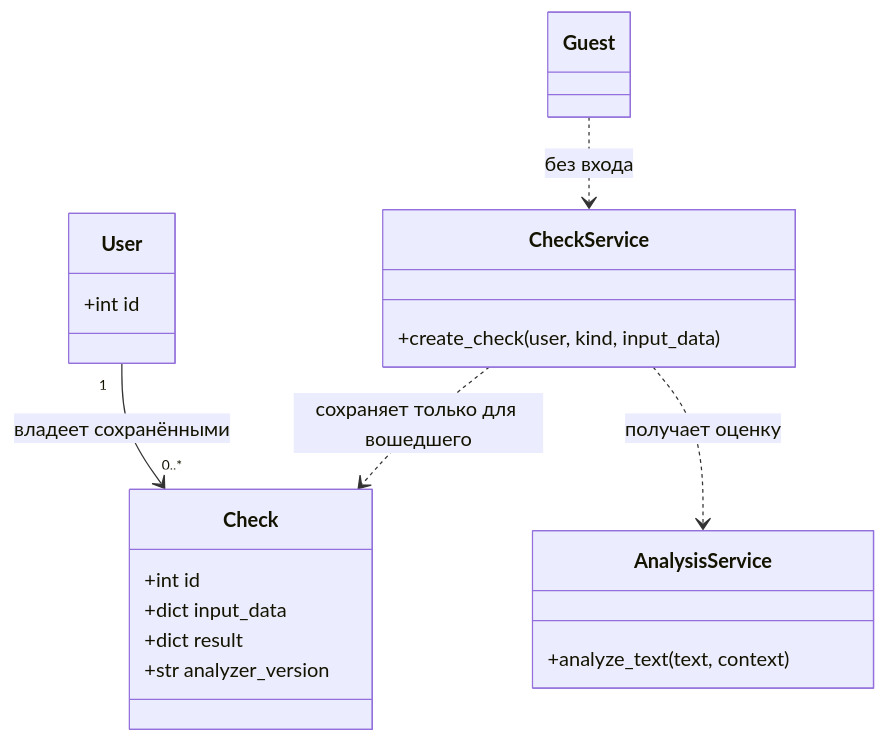
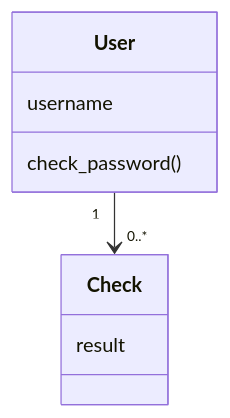
Before and after one commit to dzprht/alphago1v: the second of 14 diagrams in kharchenko_diagrams.md, drawn with Mermaid. The commit also changed other lines of this file and 82 other files, not shown here.

````diff
--- a/kharchenko_diagrams.md
+++ b/kharchenko_diagrams.md
@@ -83,23 +13,11 @@
 ```mermaid
 classDiagram
     class User {
-        +int id
+        username
+        check_password()
     }
     class Check {
-        +int id
-        +dict input_data
-        +dict result
-        +str analyzer_version
+        result
     }
-    class AnalysisService {
-        +analyze_text(text, context)
-    }
-    class CheckService {
-        +create_check(user, kind, input_data)
-    }
-    class Guest
-    User "1" --> "0..*" Check : владеет сохранёнными
-    Guest ..> CheckService : без входа
-    CheckService ..> AnalysisService : получает оценку
-    CheckService ..> Check : сохраняет только для вошедшего
+    User "1" --> "0..*" Check
 ```
````
